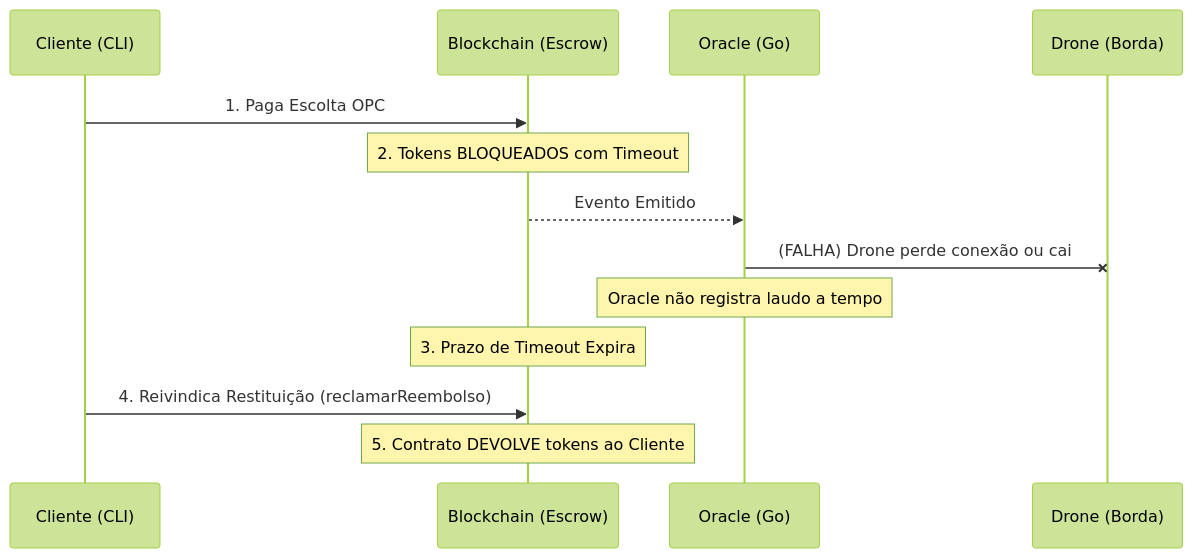
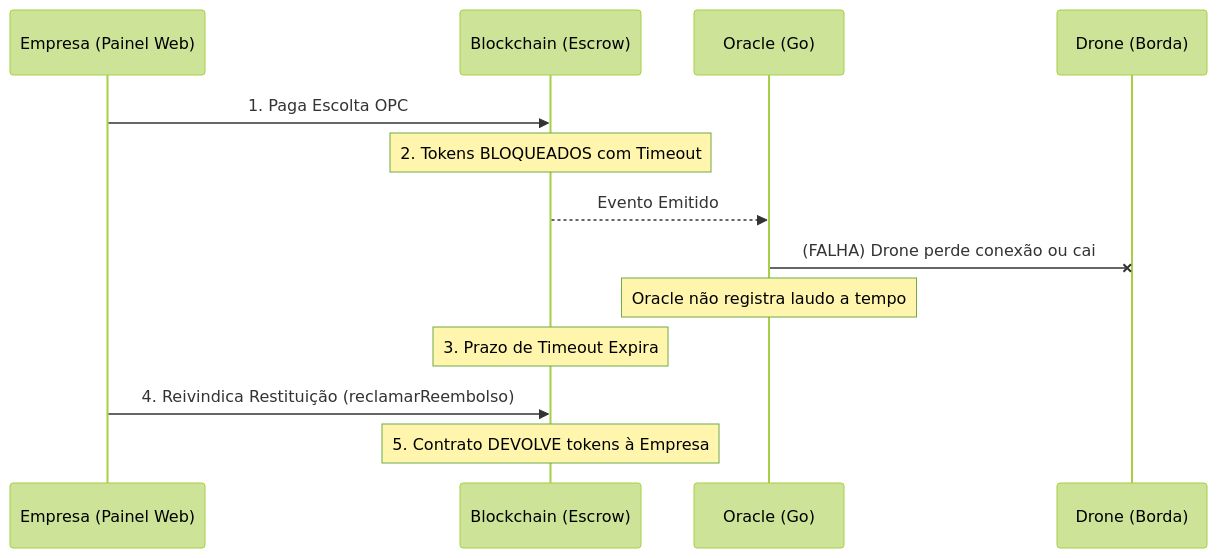
One commit to cleidson21/PBL_3_Redes-economia_e_auditoria_de_guerra changed the second of 2 diagrams in docs/arquitetura.md. Above: the diagram before and after it, drawn with Mermaid (forest theme). The commit also changed other lines of this file and 7 other files, not shown here.

````diff
--- a/docs/arquitetura.md
+++ b/docs/arquitetura.md
@@ -35,16 +35,16 @@
 ```mermaid
 sequenceDiagram
-    participant C as Cliente (CLI)
+    participant C as Empresa (Painel Web)
     participant B as Blockchain (Escrow)
     participant O as Oracle (Go)
     participant D as Drone (Borda)
 
     C->>B: 1. Paga Escolta OPC
     Note over B: 2. Tokens BLOQUEADOS com Timeout
     B-->>O: Evento Emitido
     O-x D: (FALHA) Drone perde conexão ou cai
     Note over O: Oracle não registra laudo a tempo
     Note over B: 3. Prazo de Timeout Expira
     C->>B: 4. Reivindica Restituição (reclamarReembolso)
-    Note over B: 5. Contrato DEVOLVE tokens ao Cliente
+    Note over B: 5. Contrato DEVOLVE tokens à Empresa
 ```
````
